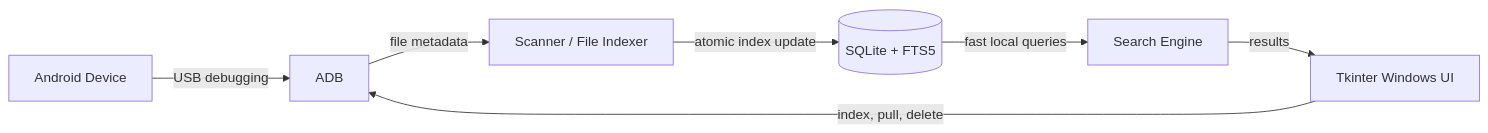
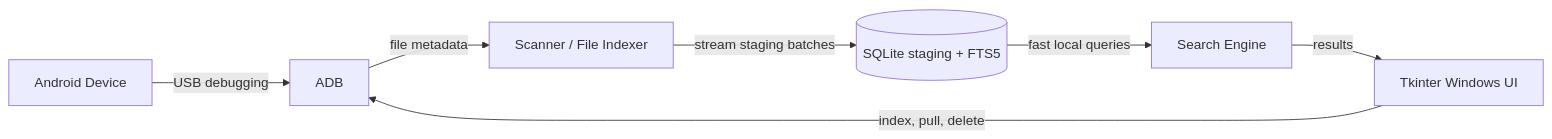
One commit to luli395/android_everything changed the diagram in README.md. Above: the diagram before and after it, drawn with Mermaid. The commit also changed other lines of this file and 7 other files, not shown here.

Commit message:
feat: stream indexing through SQLite staging

````diff
--- a/README.md
+++ b/README.md
@@ -74,9 +74,9 @@
 ```mermaid
 flowchart LR
     Device[Android Device] -->|USB debugging| ADB[ADB]
     ADB -->|file metadata| Scanner[Scanner / File Indexer]
-    Scanner -->|atomic index update| Database[(SQLite + FTS5)]
+    Scanner -->|stream staging batches| Database[(SQLite staging + FTS5)]
     Database -->|fast local queries| Search[Search Engine]
     Search -->|results| UI[Tkinter Windows UI]
     UI -->|index, pull, delete| ADB
 ```
````
